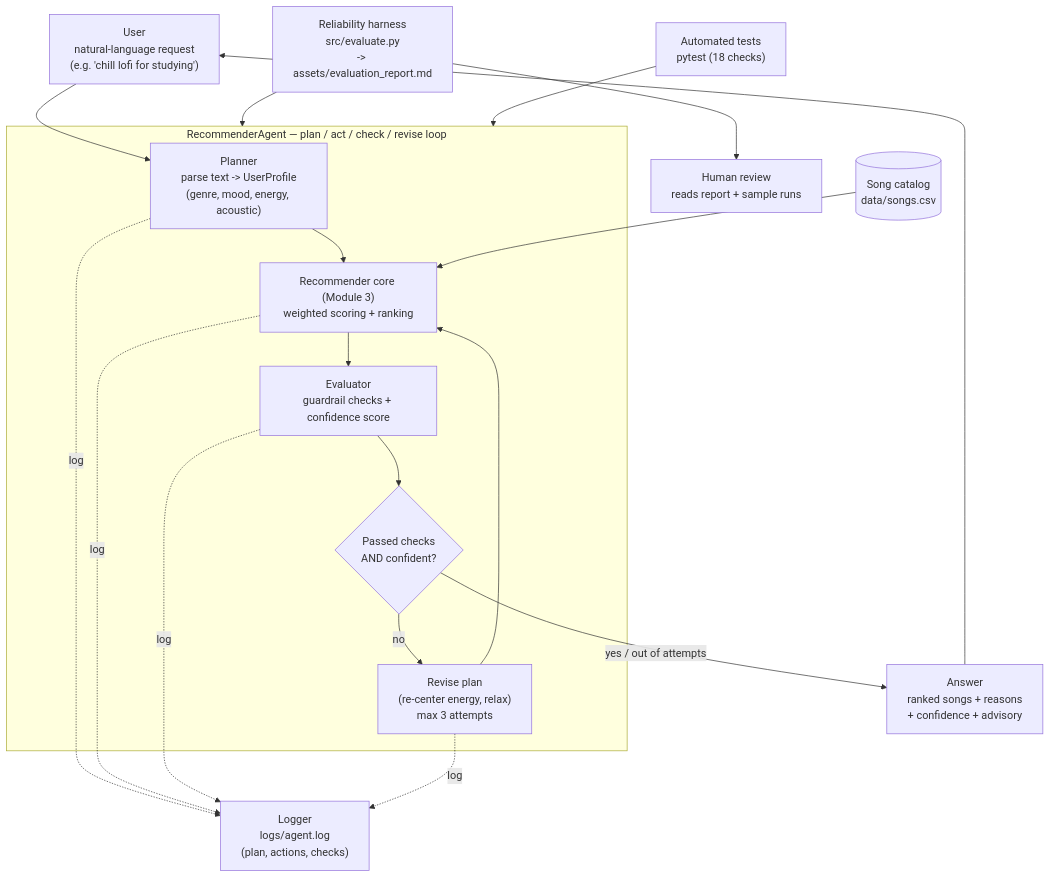
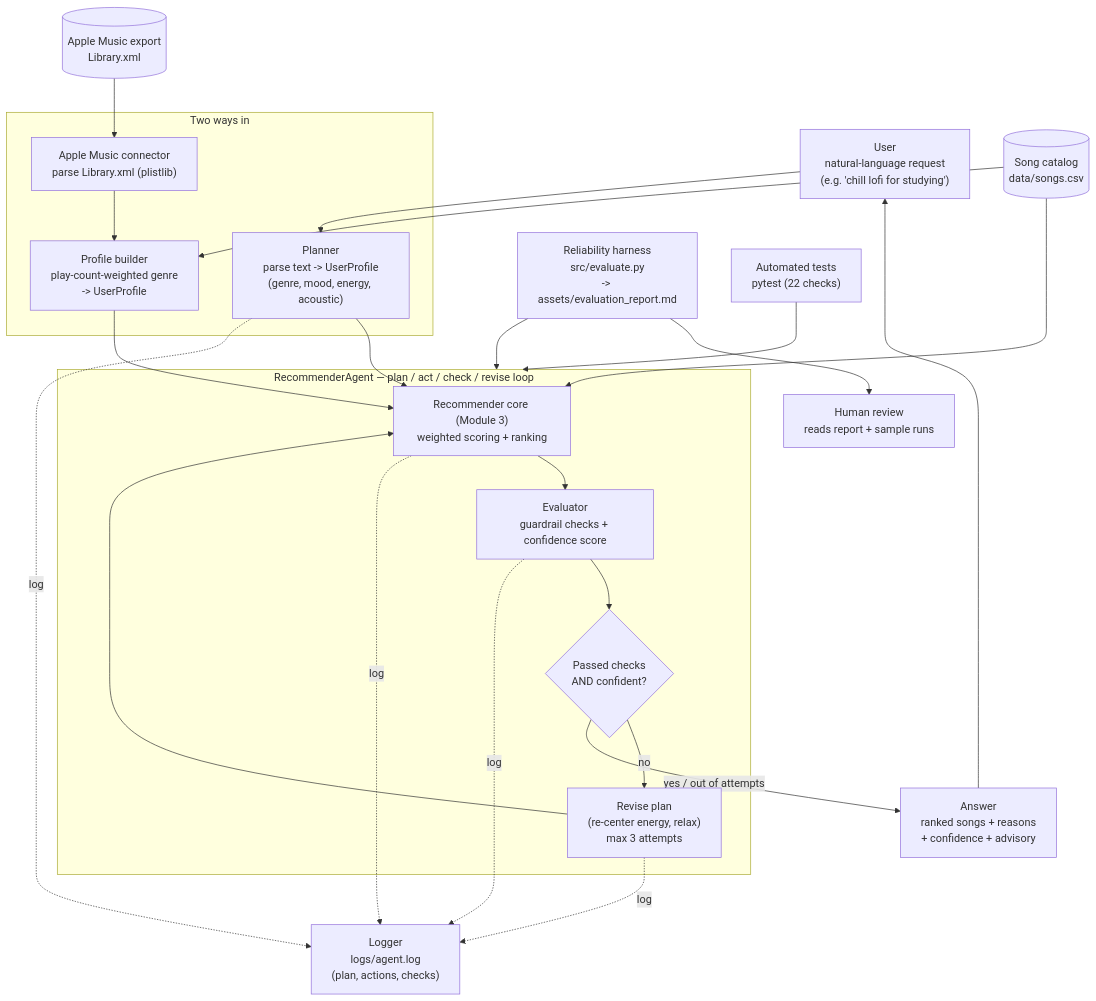
The diagram in diagrams/architecture.mmd (sd12354/applied-ai-system-project), drawn with Mermaid before and after one commit. The commit also changed 1 other file, not shown here.

Commit message:
Update architecture diagram for the Apple Music input path
Shows the two ways in - a typed request through the planner, or an Apple
Music Library.xml through the connector and profile builder - both
feeding the same self-checking recommender loop. Refreshed the test count.

```diff
--- a/diagrams/architecture.mmd
+++ b/diagrams/architecture.mmd
@@ -1,41 +1,51 @@
 %% VibeFinder Agent — system architecture
 %% Render at https://mermaid.live or with the Mermaid CLI (mmdc).
 %% Data flow: natural-language request -> plan -> act -> self-check -> (revise) -> answer
 
 flowchart TD
     User["User<br/>natural-language request<br/>(e.g. 'chill lofi for studying')"]
+    Library[("Apple Music export<br/>Library.xml")]
+
+    subgraph Inputs["Two ways in"]
+        Planner["Planner<br/>parse text -> UserProfile<br/>(genre, mood, energy, acoustic)"]
+        AppleMusic["Apple Music connector<br/>parse Library.xml (plistlib)"]
+        ProfileBuilder["Profile builder<br/>play-count-weighted genre<br/>-> UserProfile"]
+    end
 
     subgraph Agent["RecommenderAgent — plan / act / check / revise loop"]
-        Planner["Planner<br/>parse text -> UserProfile<br/>(genre, mood, energy, acoustic)"]
         Recommender["Recommender core (Module 3)<br/>weighted scoring + ranking"]
         Evaluator["Evaluator<br/>guardrail checks + confidence score"]
         Decision{"Passed checks<br/>AND confident?"}
         Revise["Revise plan<br/>(re-center energy, relax)<br/>max 3 attempts"]
     end
 
     Catalog[("Song catalog<br/>data/songs.csv")]
     Logger["Logger<br/>logs/agent.log<br/>(plan, actions, checks)"]
     Output["Answer<br/>ranked songs + reasons<br/>+ confidence + advisory"]
 
     Harness["Reliability harness<br/>src/evaluate.py<br/>-> assets/evaluation_report.md"]
-    Tests["Automated tests<br/>pytest (18 checks)"]
+    Tests["Automated tests<br/>pytest (22 checks)"]
     Human["Human review<br/>reads report + sample runs"]
 
     User --> Planner
+    Library --> AppleMusic
+    AppleMusic --> ProfileBuilder
     Planner --> Recommender
+    ProfileBuilder --> Recommender
+    Catalog --> ProfileBuilder
     Catalog --> Recommender
     Recommender --> Evaluator
     Evaluator --> Decision
     Decision -- "no" --> Revise
     Revise --> Recommender
     Decision -- "yes / out of attempts" --> Output
 
     Planner -.log.-> Logger
     Recommender -.log.-> Logger
     Evaluator -.log.-> Logger
     Revise -.log.-> Logger
 
     Harness --> Agent
     Harness --> Human
     Tests --> Agent
     Output --> User
```
